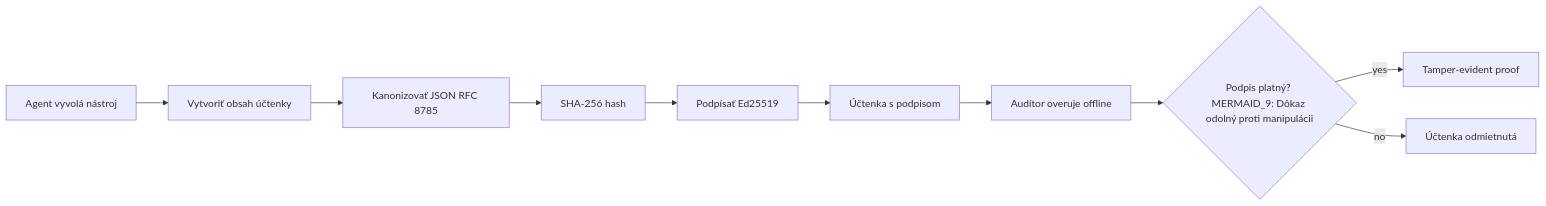
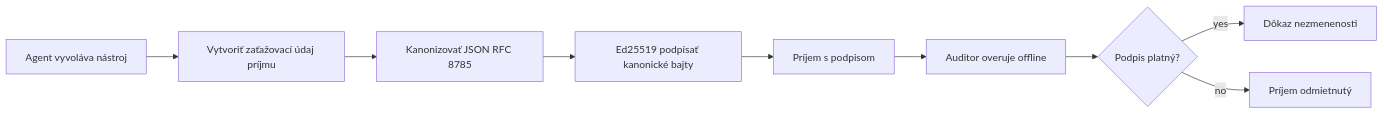
Before and after one commit to gabrielmoreira/agent-skills-mirror: the first of 2 diagrams in mirrors/repos/microsoft@ai-agents-for-beginners/translations/sk/18-securing-ai-agents/README.md, drawn with Mermaid. The commit also changed other lines of this file and 4262 other files, not shown here.

````diff
--- a/mirrors/repos/microsoft@ai-agents-for-beginners/translations/sk/18-securing-ai-agents/README.md
+++ b/mirrors/repos/microsoft@ai-agents-for-beginners/translations/sk/18-securing-ai-agents/README.md
@@ -51,12 +51,11 @@
 ```mermaid
 flowchart LR
-    A[Agent vyvolá nástroj] --> B[Vytvoriť obsah účtenky]
+    A[Agent vyvoláva nástroj] --> B[Vytvoriť zaťažovací údaj príjmu]
     B --> C[Kanonizovať JSON RFC 8785]
-    C --> D[SHA-256 hash]
-    D --> E[Podpísať Ed25519]
-    E --> F[Účtenka s podpisom]
-    F --> G[Audítor overuje offline]
-    G --> H{Podpis platný? MERMAID_9: Dôkaz odolný proti manipulácii}
-    H -- yes --> I[Tamper-evident proof]
-    H -- no --> J[Účtenka odmietnutá]
+    C --> E[Ed25519 podpísať kanonické bajty]
+    E --> F[Príjem s podpisom]
+    F --> G[Auditor overuje offline]
+    G --> H{Podpis platný?}
+    H -- yes --> I[Dôkaz nezmenenosti]
+    H -- no --> J[Príjem odmietnutý]
 ```
````
